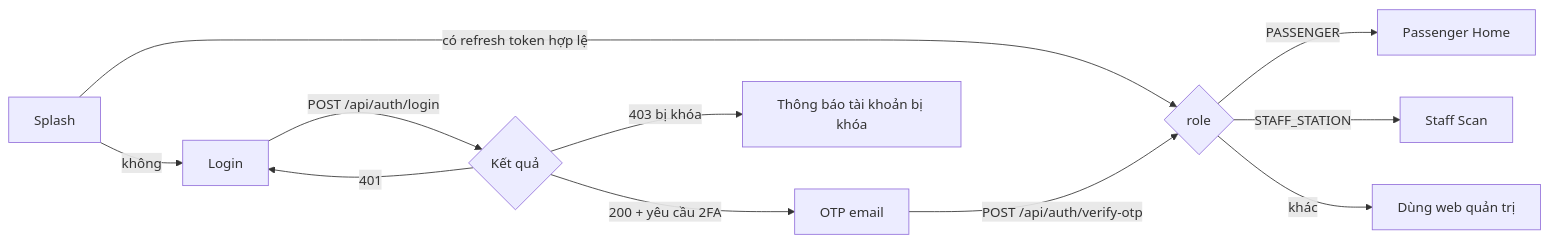
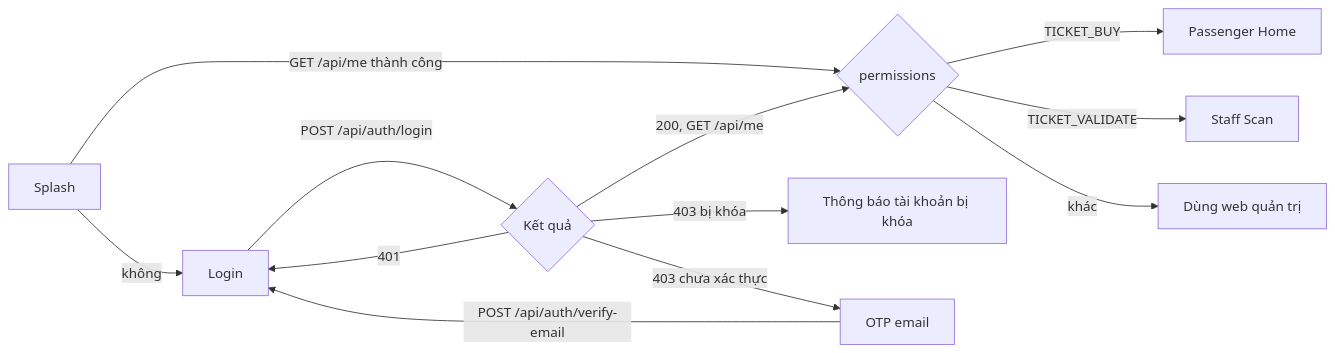
The first of 5 diagrams in design-prototype.md (Jin2509/metrobookingticket_mobile), drawn with Mermaid before and after one commit. The commit also changed other lines of this file and 91 other files, not shown here.

Commit message:
feat: noi api cho auth

````diff
--- a/design-prototype.md
+++ b/design-prototype.md
@@ -526,13 +526,14 @@
 ```mermaid
 flowchart LR
-  S[Splash] -->|có refresh token hợp lệ| R{role}
+  S[Splash] -->|GET /api/me thành công| R{permissions}
   S -->|không| L[Login]
   L -->|POST /api/auth/login| C{Kết quả}
   C -->|401| L
   C -->|403 bị khóa| LK[Thông báo tài khoản bị khóa]
-  C -->|200 + yêu cầu 2FA| O[OTP email]
-  O -->|POST /api/auth/verify-otp| R
-  R -->|PASSENGER| PH[Passenger Home]
-  R -->|STAFF_STATION| SS[Staff Scan]
+  C -->|403 chưa xác thực| O[OTP email]
+  O -->|POST /api/auth/verify-email| L
+  C -->|200, GET /api/me| R
+  R -->|TICKET_BUY| PH[Passenger Home]
+  R -->|TICKET_VALIDATE| SS[Staff Scan]
   R -->|khác| AD[Dùng web quản trị]
 ```
````
